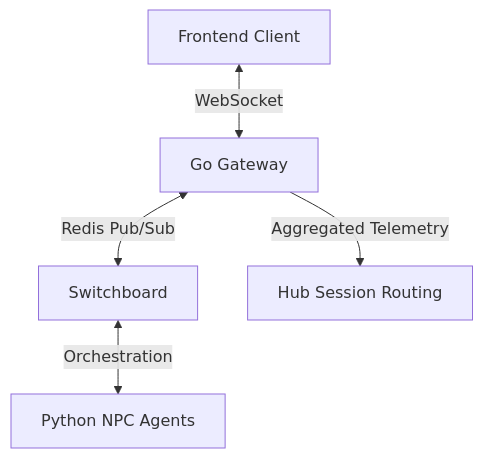
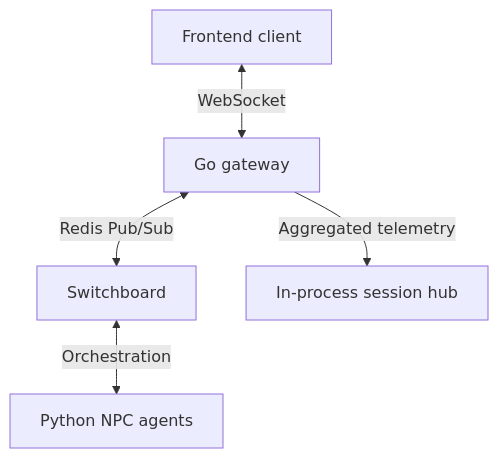
One commit to GoogleCloudPlatform/race-condition changed the first of 2 diagrams in docs/architecture/communication_protocol.md. Above: the diagram before and after it, drawn with Mermaid. The commit also changed other lines of this file and 24 other files, not shown here.

````diff
--- a/docs/architecture/communication_protocol.md
+++ b/docs/architecture/communication_protocol.md
@@ -9,7 +13,7 @@
 ```mermaid
 graph TD
-    Client[Frontend Client] <-->|WebSocket| Gateway[Go Gateway]
+    Client[Frontend client] <-->|WebSocket| Gateway[Go gateway]
     Gateway <-->|Redis Pub/Sub| Sw[Switchboard]
-    Sw <-->|Orchestration| Agents[Python NPC Agents]
-    Gateway -->|Aggregated Telemetry| Hub[Hub Session Routing]
+    Sw <-->|Orchestration| Agents[Python NPC agents]
+    Gateway -->|Aggregated telemetry| Hub[In-process session hub]
 ```
````
